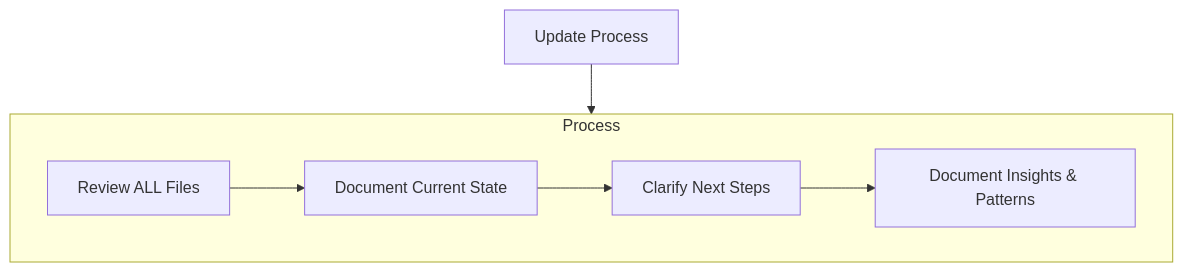
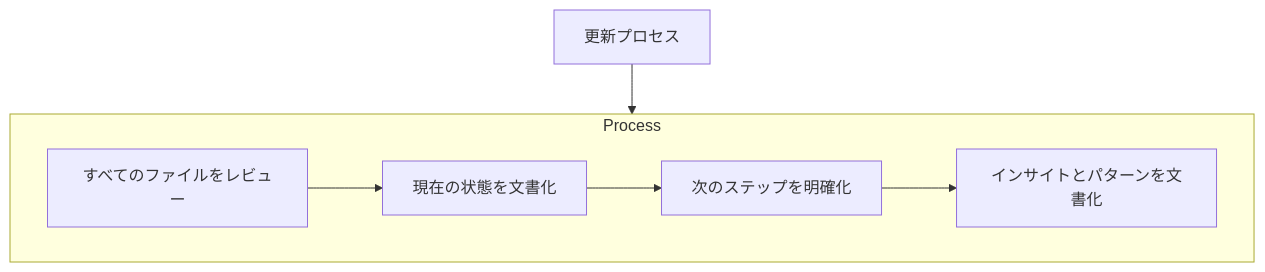
One commit to aicoding-caret/docs.caret.team changed the third of 3 diagrams in docs-ja/prompting/caret-memory-bank.mdx. Above: the diagram before and after it, drawn with Mermaid. The commit also changed other lines of this file and 43 other files, not shown here.

````diff
--- a/docs-ja/prompting/caret-memory-bank.mdx
+++ b/docs-ja/prompting/caret-memory-bank.mdx
@@ -125,15 +125,15 @@
 ```mermaid
 flowchart TD
-    Start[Update Process]
+    Start[更新プロセス]
 
     subgraph Process
-        P1[Review ALL Files]
-        P2[Document Current State]
-        P3[Clarify Next Steps]
-        P4[Document Insights & Patterns]
+        P1[すべてのファイルをレビュー]
+        P2[現在の状態を文書化]
+        P3[次のステップを明確化]
+        P4[インサイトとパターンを文書化]
 
         P1 --> P2 --> P3 --> P4
     end
 
     Start --> Process
 ```
````
